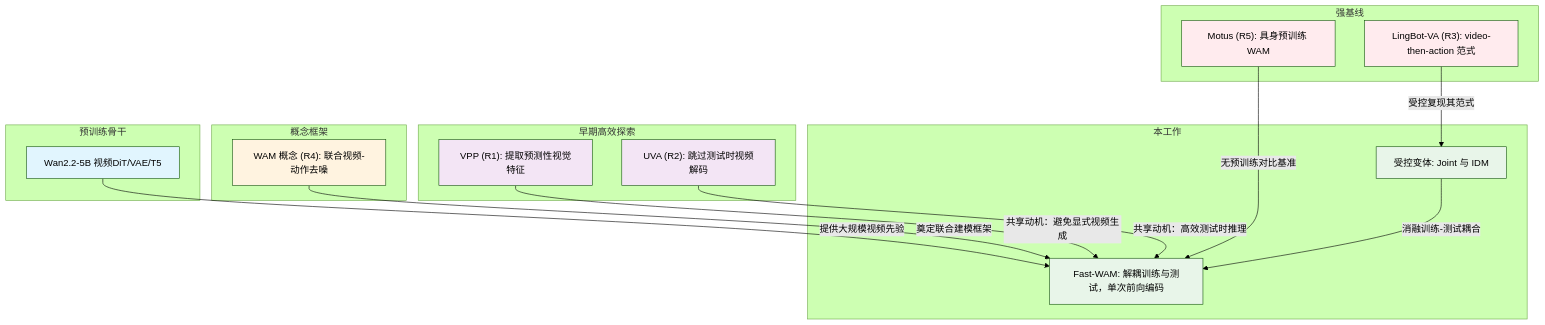
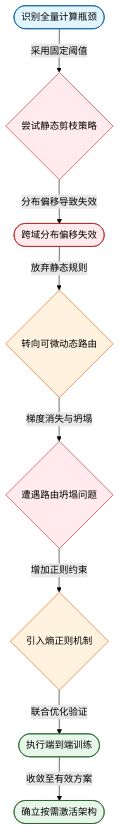
The seventh of 10 diagrams in person_vault/2026-06-08_FastWAM_2603.16666/report.md (ShinewineW/paper-rolling), drawn with Mermaid (forest theme) before and after one commit. The commit also changed other lines of this file and 300 other files, not shown here.

````diff
--- a/person_vault/2026-06-08_FastWAM_2603.16666/report.md
+++ b/person_vault/2026-06-08_FastWAM_2603.16666/report.md
@@ -280,40 +324,15 @@
 ```mermaid
-graph TD
-  subgraph PreTraining["预训练骨干"]
-    Wan["Wan2.2-5B 视频DiT/VAE/T5"]
-  end
-  subgraph Concept["概念框架"]
-    WAM_conc["WAM 概念 (R4): 联合视频-动作去噪"]
-  end
-  subgraph EarlyEfficient["早期高效探索"]
-    VPP["VPP (R1): 提取预测性视觉特征"]
-    UVA["UVA (R2): 跳过测试时视频解码"]
-  end
-  subgraph Baselines["强基线"]
-    LingBot["LingBot-VA (R3): video-then-action 范式"]
-    Motus["Motus (R5): 具身预训练 WAM"]
-  end
-  subgraph ThisWork["本工作"]
-    FastWAM["Fast-WAM: 解耦训练与测试，单次前向编码"]
-    Variants["受控变体: Joint 与 IDM"]
-  end
+flowchart TB
+    classDef start fill:#e1f5fe,stroke:#01579b,color:#000;
+    classDef dead fill:#ffebee,stroke:#b71c1c,color:#000;
+    classDef pivot fill:#fff3e0,stroke:#e65100,color:#000;
+    classDef success fill:#e8f5e9,stroke:#1b5e20,color:#000;
 
-  Wan -->|提供大规模视频先验| FastWAM
-  WAM_conc -->|奠定联合建模框架| FastWAM
-  VPP -->|共享动机：避免显式视频生成| FastWAM
-  UVA -->|共享动机：高效测试时推理| FastWAM
-  LingBot -->|受控复现其范式| Variants
-  Motus -->|无预训练对比基准| FastWAM
-  Variants -->|消融训练-测试耦合| FastWAM
-
-  classDef pre fill:#e1f5fe,color:#000
-  classDef concept fill:#fff3e0,color:#000
-  classDef explore fill:#f3e5f5,color:#000
-  classDef baseline fill:#ffebee,color:#000
-  classDef this fill:#e8f5e9,color:#000
-  class Wan pre
-  class WAM_conc concept
-  class VPP,UVA explore
-  class LingBot,Motus baseline
-  class FastWAM,Variants this
+    start_node(["识别全量计算瓶颈"]):::start -->|采用固定阈值| dead_node1{尝试静态剪枝策略}:::dead
+    dead_node1 -->|分布偏移导致失效| fail_node(["跨域分布偏移失效"]):::dead
+    fail_node -->|放弃静态规则| pivot_node1{转向可微动态路由}:::pivot
+    pivot_node1 -->|梯度消失与坍塌| dead_node2{遭遇路由坍塌问题}:::dead
+    dead_node2 -->|增加正则约束| pivot_node2{引入熵正则机制}:::pivot
+    pivot_node2 -->|联合优化验证| verify_node(["执行端到端训练"]):::success
+    verify_node -->|收敛至有效方案| result_node(["确立按需激活架构"]):::success
 ```
````
